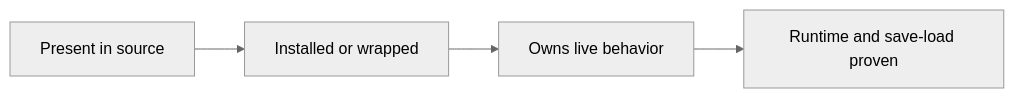
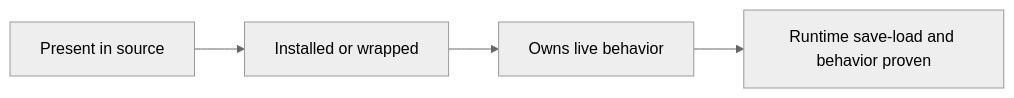
The first of 14 diagrams in docs/RECOVERY_AUTHORITY_MAP_CURRENT.md (mrcalzon02/Tech-Priests), drawn with Mermaid (neutral theme) before and after one commit. The commit also changed other lines of this file, not shown here.

Commit message:
Map recovered runtime spine and evidence boundary

````diff
--- a/docs/RECOVERY_AUTHORITY_MAP_CURRENT.md
+++ b/docs/RECOVERY_AUTHORITY_MAP_CURRENT.md
@@ -14,8 +14,8 @@
 ```mermaid
 flowchart LR
     Present[Present in source]
     Installed[Installed or wrapped]
     Authoritative[Owns live behavior]
-    Proven[Runtime and save-load proven]
+    Proven[Runtime save-load and behavior proven]
     Present --> Installed --> Authoritative --> Proven
 ```
````
